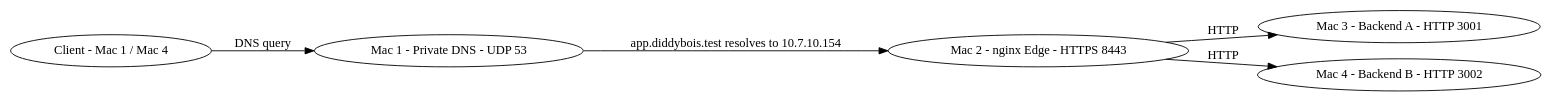
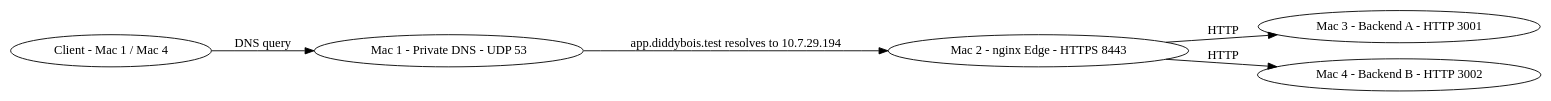
Before and after one commit to OnlineBunker/cn-project: the diagram in docs/topology.dot, drawn with Graphviz. The commit also changed 3 other files, not shown here.

Commit message:
Fix diagram IPs (Phase 2 edge 10.7.29.194) and regenerate PNGs

```diff
--- a/docs/topology.dot
+++ b/docs/topology.dot
@@ -1,14 +1,14 @@
 digraph G {
     rankdir=LR;
 
     C [label="Client - Mac 1 / Mac 4"];
     D [label="Mac 1 - Private DNS - UDP 53"];
     E [label="Mac 2 - nginx Edge - HTTPS 8443"];
     A [label="Mac 3 - Backend A - HTTP 3001"];
     B [label="Mac 4 - Backend B - HTTP 3002"];
 
     C -> D [label="DNS query"];
-    D -> E [label="app.diddybois.test resolves to 10.7.10.154"];
+    D -> E [label="app.diddybois.test resolves to 10.7.29.194"];
     E -> A [label="HTTP"];
     E -> B [label="HTTP"];
 }
```
